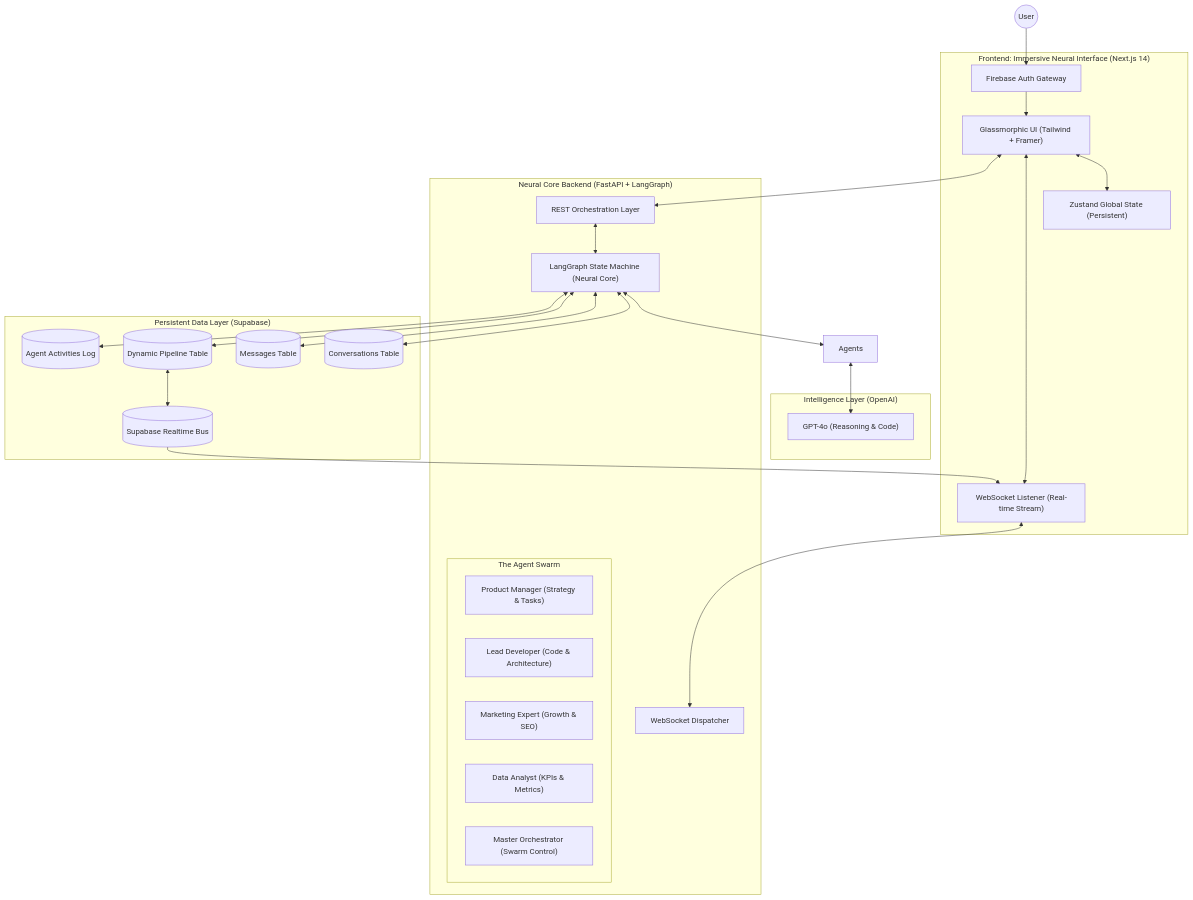
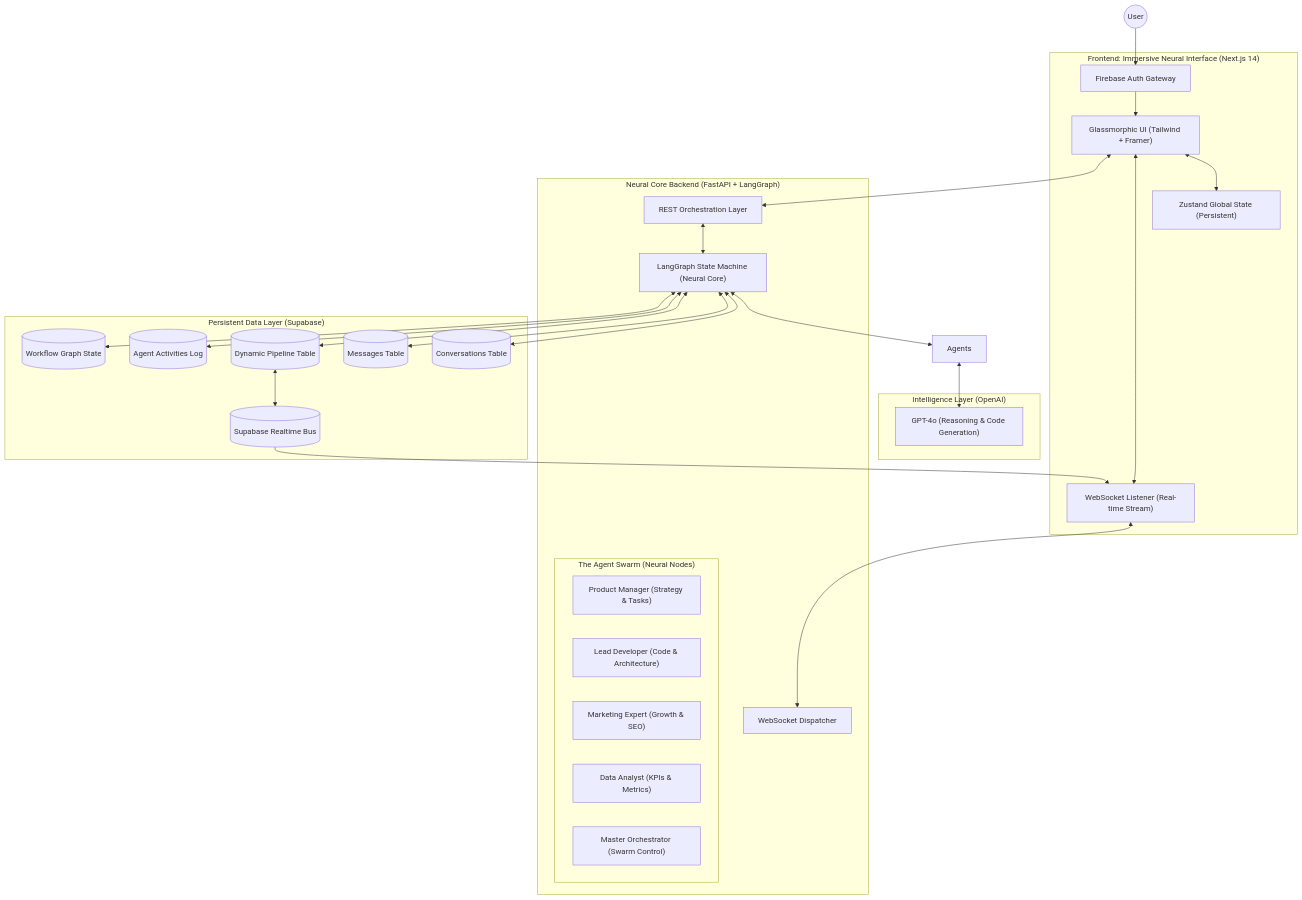
Before and after one commit to sunkireddy-Barath/AutoPilot-AI-Workspace: the first of 2 diagrams in README.md, drawn with Mermaid. The commit also changed other lines of this file, not shown here.

Commit message:
docs: Ultra-Deep Documentation Overhaul - New Sequence Diagrams, Agent Tables & Novelty Deep-Dive

````diff
--- a/README.md
+++ b/README.md
@@ -16,56 +16,58 @@
 ```mermaid
 graph TD
     User((User))
     
     subgraph "Frontend: Immersive Neural Interface (Next.js 14)"
         UI["Glassmorphic UI (Tailwind + Framer)"]
         State["Zustand Global State (Persistent)"]
         WS_Client["WebSocket Listener (Real-time Stream)"]
         Auth_UI["Firebase Auth Gateway"]
     end
 
     subgraph "Neural Core Backend (FastAPI + LangGraph)"
         API["REST Orchestration Layer"]
         WS_Server["WebSocket Dispatcher"]
         Engine["LangGraph State Machine (Neural Core)"]
         
-        subgraph "The Agent Swarm"
+        subgraph "The Agent Swarm (Neural Nodes)"
             PM["Product Manager (Strategy & Tasks)"]
             DEV["Lead Developer (Code & Architecture)"]
             MKT["Marketing Expert (Growth & SEO)"]
             ANA["Data Analyst (KPIs & Metrics)"]
             ORC["Master Orchestrator (Swarm Control)"]
         end
     end
 
     subgraph "Persistent Data Layer (Supabase)"
         Conv_DB[(Conversations Table)]
         Msg_DB[(Messages Table)]
         Task_DB[(Dynamic Pipeline Table)]
         Act_DB[(Agent Activities Log)]
+        Work_DB[(Workflow Graph State)]
         Realtime[(Supabase Realtime Bus)]
     end
 
     subgraph "Intelligence Layer (OpenAI)"
-        GPT["GPT-4o (Reasoning & Code)"]
+        GPT["GPT-4o (Reasoning & Code Generation)"]
     end
 
     User --> Auth_UI
     Auth_UI --> UI
     UI <--> State
     UI <--> WS_Client
     UI <--> API
     
     WS_Client <--> WS_Server
     API <--> Engine
     Engine <--> Agents
     Agents <--> GPT
     
     Engine <--> Conv_DB
     Engine <--> Msg_DB
     Engine <--> Task_DB
     Engine <--> Act_DB
+    Engine <--> Work_DB
     
     Task_DB <--> Realtime
     Realtime --> WS_Client
 ```
````
